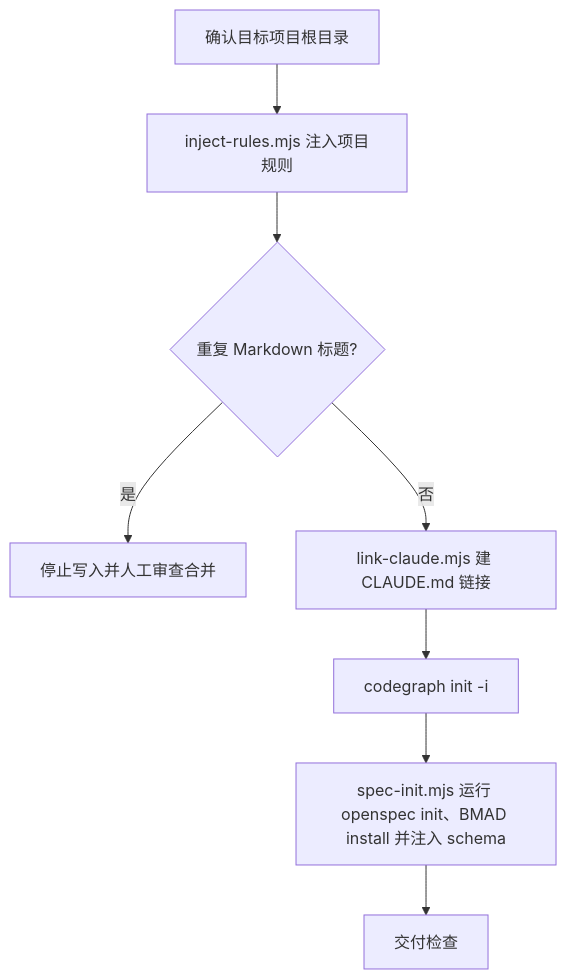
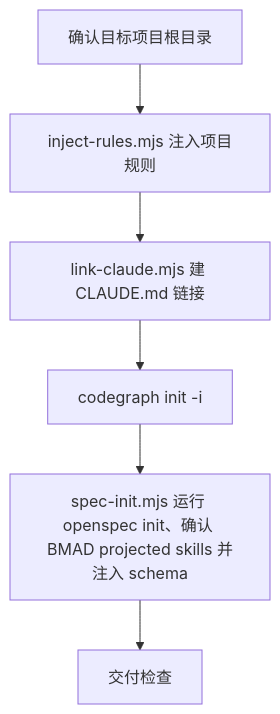
The diagram in roles/openspec-development/skills/init-project/SKILL.md (moluoxixi/AIRules), drawn with Mermaid before and after one commit. The commit also changed other lines of this file and 8 other files, not shown here.

First line of the commit message:
docs(openspec-development): 更新文档以反映 BMAD 投影技能的变更

````diff
--- a/roles/openspec-development/skills/init-project/SKILL.md
+++ b/roles/openspec-development/skills/init-project/SKILL.md
@@ -29,10 +29,8 @@
 ```mermaid
 flowchart TD
   A[确认目标项目根目录] --> B[inject-rules.mjs 注入项目规则]
-  B --> C{重复 Markdown 标题?}
-  C -->|是| D[停止写入并人工审查合并]
-  C -->|否| E[link-claude.mjs 建 CLAUDE.md 链接]
-  E --> F[codegraph init -i]
-  F --> G[spec-init.mjs 运行 openspec init、BMAD install 并注入 schema]
-  G --> H[交付检查]
+  B --> C[link-claude.mjs 建 CLAUDE.md 链接]
+  C --> D[codegraph init -i]
+  D --> E[spec-init.mjs 运行 openspec init、确认 BMAD projected skills 并注入 schema]
+  E --> F[交付检查]
 ```
````
